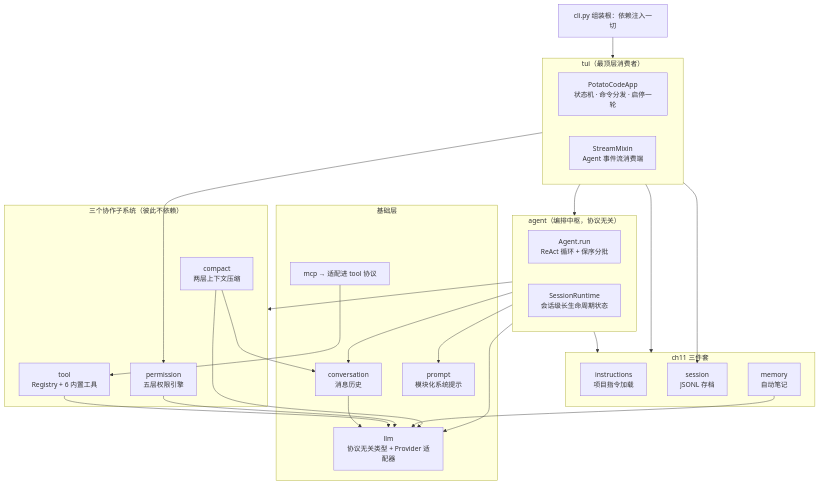
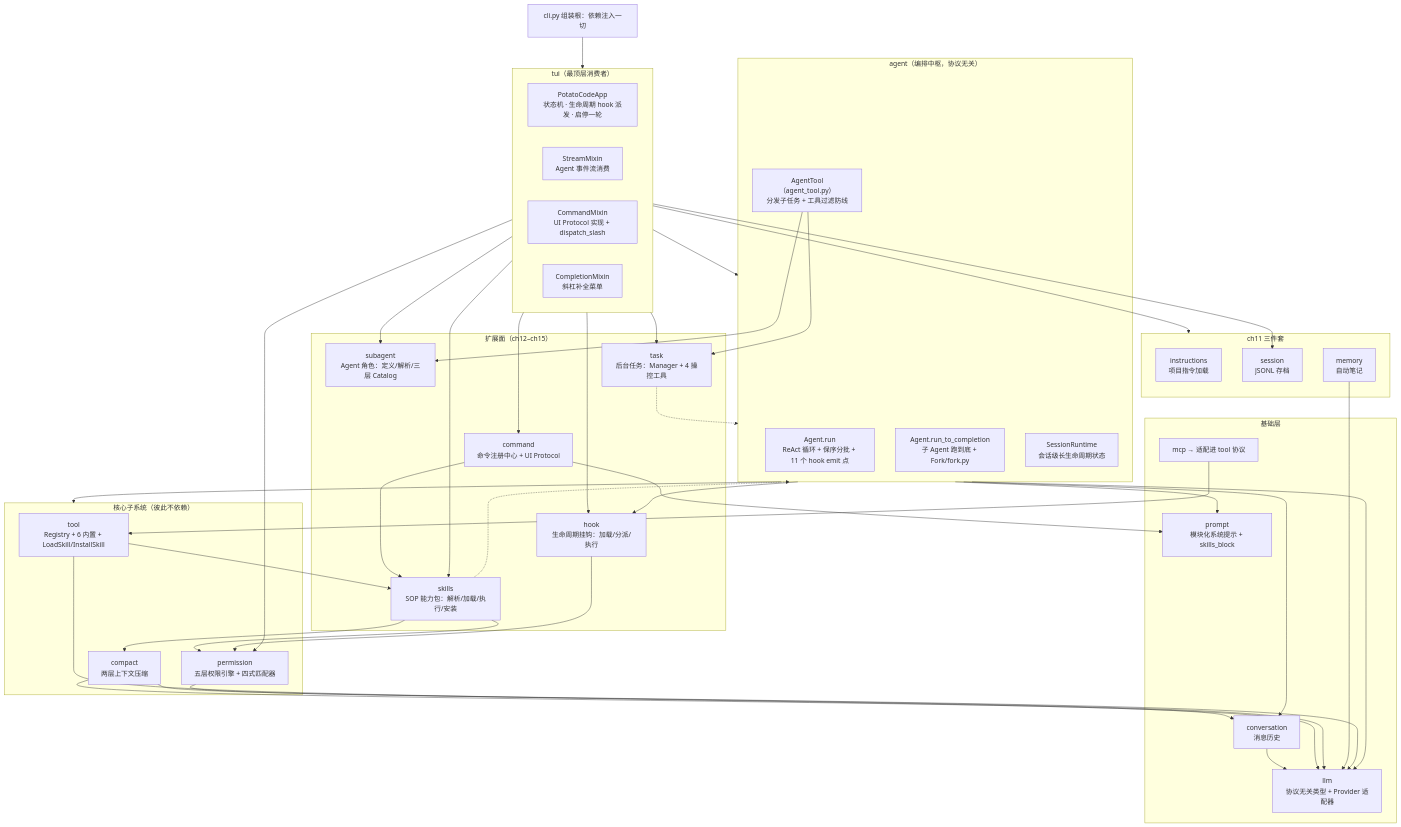
One commit to PotatoMan1993/potato-code changed the first of 2 diagrams in docs/architecture.md. Above: the diagram before and after it, drawn with Mermaid. The commit also changed other lines of this file and 48 other files, not shown here.

Commit message:
ch15: SubAgent 机制 - subagent 包（角色定义/三层Catalog/内置3角色）+ task 包（后台Manager与4操控工具）+ Agent 工具（定义式/Fork、五层工具过滤、深度标记防嵌套）+ run_to_completion 底座收编 skill fork + task-notification 注入主对话

````diff
--- a/docs/architecture.md
+++ b/docs/architecture.md
@@ -31,46 +34,66 @@
 ```mermaid
 flowchart TB
     subgraph TUI["tui（最顶层消费者）"]
-        APPD["PotatoCodeApp<br/>状态机 · 命令分发 · 启停一轮"]
-        STREAM["StreamMixin<br/>Agent 事件流消费端"]
+        APPD["PotatoCodeApp<br/>状态机 · 生命周期 hook 派发 · 启停一轮"]
+        STREAM["StreamMixin<br/>Agent 事件流消费"]
+        CMIX["CommandMixin<br/>UI Protocol 实现 + dispatch_slash"]
+        CMENU["CompletionMixin<br/>斜杠补全菜单"]
+    end
+
+    subgraph EXT["扩展面（ch12–ch15）"]
+        CMD["command<br/>命令注册中心 + UI Protocol"]
+        SKILL["skills<br/>SOP 能力包：解析/加载/执行/安装"]
+        HOOK["hook<br/>生命周期挂钩：加载/分派/执行"]
+        SUB["subagent<br/>Agent 角色：定义/解析/三层 Catalog"]
+        TASK["task<br/>后台任务：Manager + 4 操控工具"]
     end
 
     subgraph AGENT["agent（编排中枢，协议无关）"]
-        LOOP["Agent.run<br/>ReAct 循环 + 保序分批"]
+        LOOP["Agent.run<br/>ReAct 循环 + 保序分批 + 11 个 hook emit 点"]
+        RTC["Agent.run_to_completion<br/>子 Agent 跑到底 + Fork/fork.py"]
+        ATOOL["AgentTool（agent_tool.py）<br/>分发子任务 + 工具过滤防线"]
         RT["SessionRuntime<br/>会话级长生命周期状态"]
     end
 
-    subgraph SUBSYS["三个协作子系统（彼此不依赖）"]
-        TOOL["tool<br/>Registry + 6 内置工具"]
-        PERM["permission<br/>五层权限引擎"]
+    subgraph SUBSYS["核心子系统（彼此不依赖）"]
+        TOOL["tool<br/>Registry + 6 内置 + LoadSkill/InstallSkill"]
+        PERM["permission<br/>五层权限引擎 + 四式匹配器"]
         COMPACT["compact<br/>两层上下文压缩"]
     end
 
     subgraph MEM["ch11 三件套"]
         INSTR["instructions<br/>项目指令加载"]
         SESS["session<br/>JSONL 存档"]
         MEMM["memory<br/>自动笔记"]
     end
 
     subgraph BASE["基础层"]
         CONV["conversation<br/>消息历史"]
-        PROMPT["prompt<br/>模块化系统提示"]
+        PROMPT["prompt<br/>模块化系统提示 + skills_block"]
         LLM["llm<br/>协议无关类型 + Provider 适配器"]
         MCP["mcp → 适配进 tool 协议"]
     end
 
     CLI["cli.py 组装根：依赖注入一切"]
 
-    TUI --> AGENT
-    AGENT --> SUBSYS
-    AGENT --> MEM
+    TUI --> AGENT & CMD
+    TUI --> SKILL & HOOK
+    TUI --> MEM & PERM & SESS
+    TUI --> SUB & TASK
+    AGENT --> HOOK & SUBSYS
     AGENT --> CONV & PROMPT & LLM
-    TUI --> MEM & PERM & SESS
+    ATOOL --> SUB & TASK
+    TASK -.-> AGENT
+    CMD --> PROMPT & SKILL
+    TOOL --> SKILL
+    SKILL --> COMPACT & PERM
+    SKILL -.-> AGENT
+    HOOK --> PERM
     MCP --> TOOL
     CONV --> LLM
     TOOL --> LLM
     PERM --> LLM
     MEMM --> LLM
     COMPACT --> LLM & CONV
     CLI --> TUI
 ```
````
